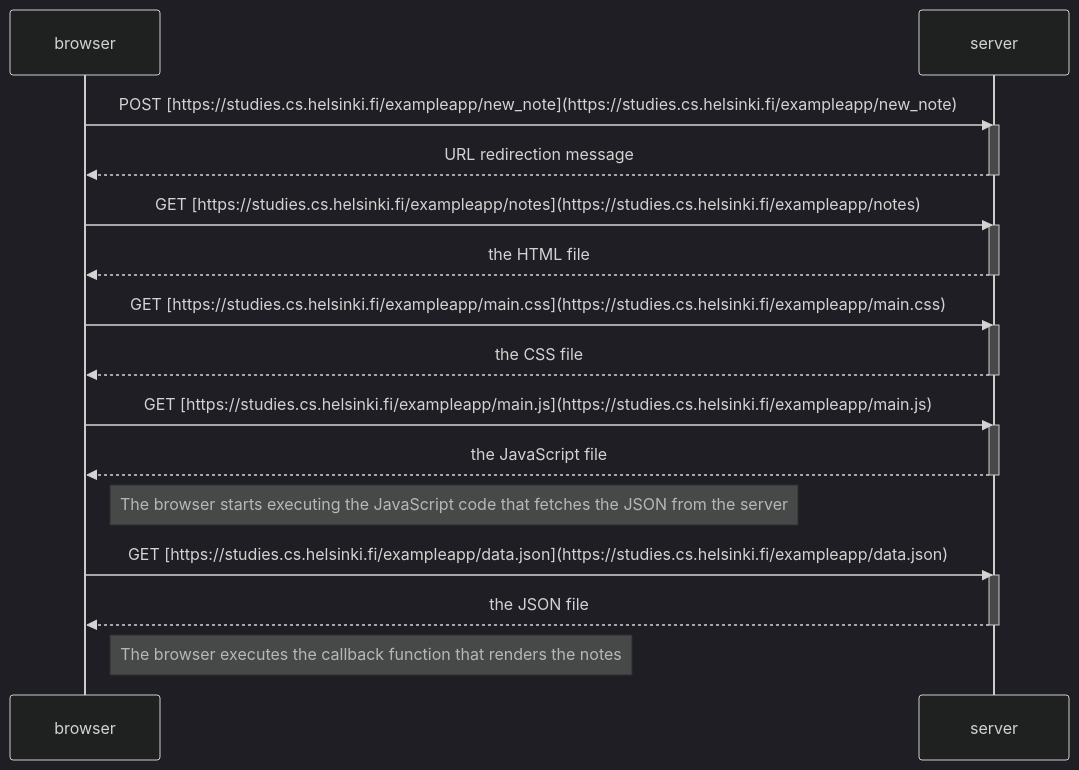
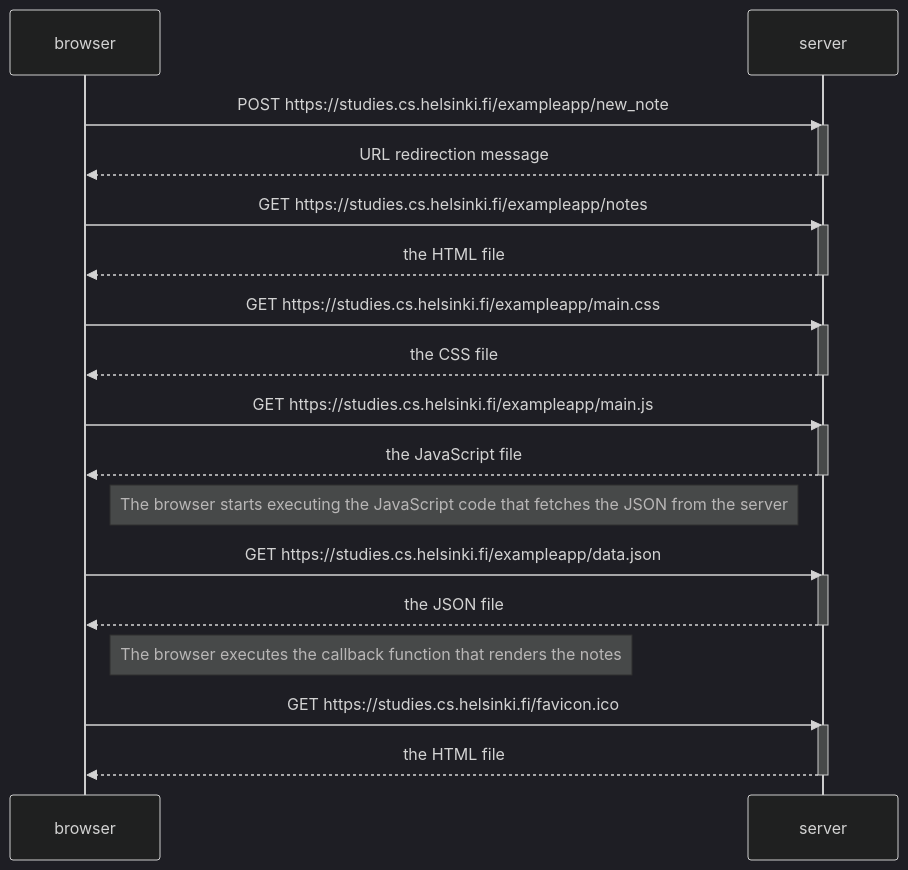
Before and after one commit to TilakCSE/fullstackopen: the diagram in part0/newnote.md, drawn with Mermaid (dark theme).

Commit message:
new note diagram

````diff
--- a/part0/newnote.md
+++ b/part0/newnote.md
@@ -1,34 +1,39 @@
 ```mermaid
 sequenceDiagram
     participant browser
     participant server
 
-    browser->>server: POST [https://studies.cs.helsinki.fi/exampleapp/new_note](https://studies.cs.helsinki.fi/exampleapp/new_note)
+    browser->>server: POST https://studies.cs.helsinki.fi/exampleapp/new_note
     activate server
     server-->>browser: URL redirection message
     deactivate server
 
-    browser->>server: GET [https://studies.cs.helsinki.fi/exampleapp/notes](https://studies.cs.helsinki.fi/exampleapp/notes)
+    browser->>server: GET https://studies.cs.helsinki.fi/exampleapp/notes
     activate server
     server-->>browser: the HTML file
     deactivate server
 
-    browser->>server: GET [https://studies.cs.helsinki.fi/exampleapp/main.css](https://studies.cs.helsinki.fi/exampleapp/main.css)
+    browser->>server: GET https://studies.cs.helsinki.fi/exampleapp/main.css
     activate server
     server-->>browser: the CSS file
     deactivate server
 
-    browser->>server: GET [https://studies.cs.helsinki.fi/exampleapp/main.js](https://studies.cs.helsinki.fi/exampleapp/main.js)
+    browser->>server: GET https://studies.cs.helsinki.fi/exampleapp/main.js
     activate server
     server-->>browser: the JavaScript file
     deactivate server
 
     Note right of browser: The browser starts executing the JavaScript code that fetches the JSON from the server
 
-    browser->>server: GET [https://studies.cs.helsinki.fi/exampleapp/data.json](https://studies.cs.helsinki.fi/exampleapp/data.json)
+    browser->>server: GET https://studies.cs.helsinki.fi/exampleapp/data.json
     activate server
     server-->>browser: the JSON file
     deactivate server
 
     Note right of browser: The browser executes the callback function that renders the notes
+
+    browser->>server: GET https://studies.cs.helsinki.fi/favicon.ico
+    activate server
+    server-->>browser: the HTML file
+    deactivate server
 ```
````
